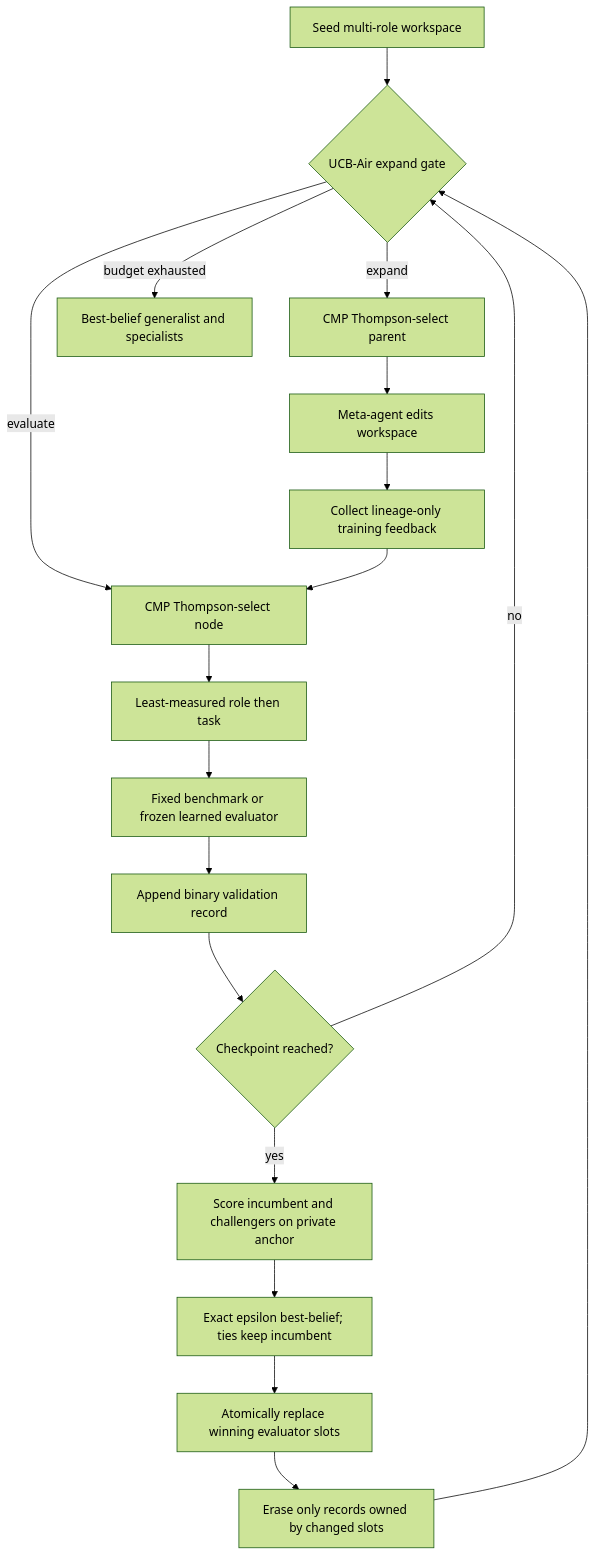
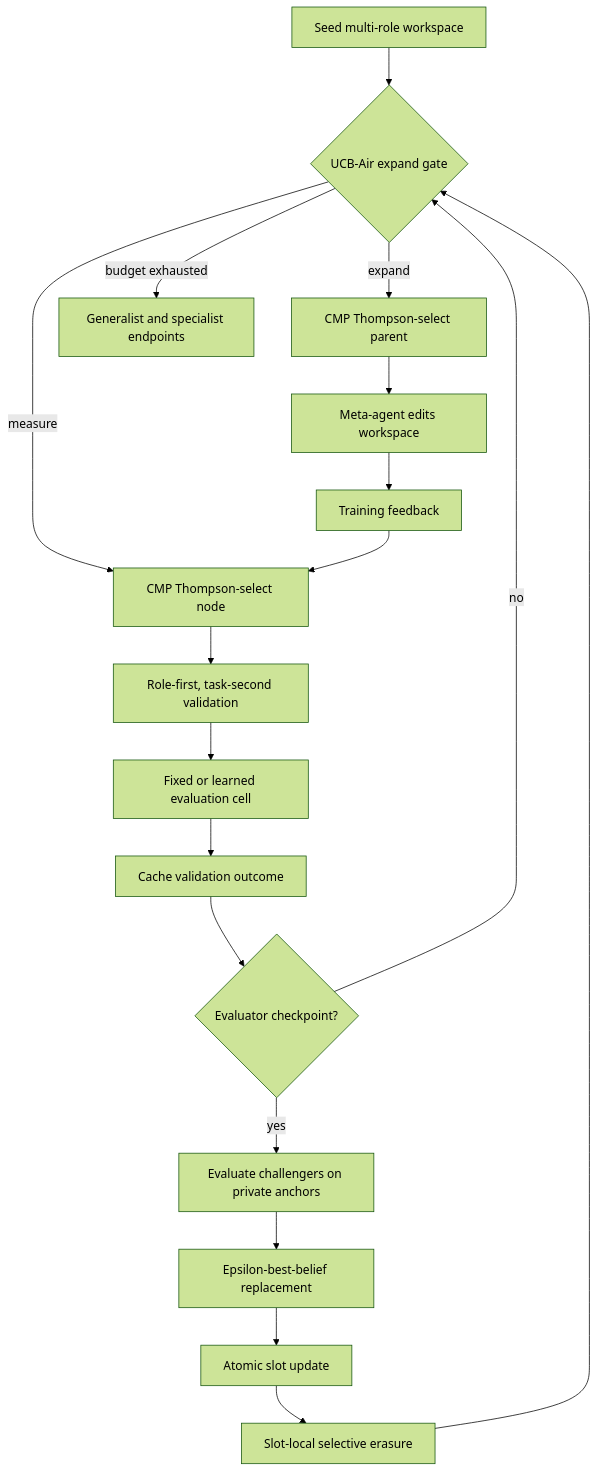
The diagram in README.md (DreamFallenFlowers/OpenRQGM), drawn with Mermaid (forest theme) before and after one commit. The commit also changed other lines of this file, not shown here.

````diff
--- a/README.md
+++ b/README.md
@@ -35,20 +104,20 @@
 ```mermaid
 flowchart TD
     A[Seed multi-role workspace] --> B{UCB-Air expand gate}
     B -- expand --> C[CMP Thompson-select parent]
     C --> D[Meta-agent edits workspace]
-    D --> E[Collect lineage-only training feedback]
-    B -- evaluate --> F[CMP Thompson-select node]
+    D --> E[Training feedback]
+    B -- measure --> F[CMP Thompson-select node]
     E --> F
-    F --> G[Least-measured role then task]
-    G --> H[Fixed benchmark or frozen learned evaluator]
-    H --> I[Append binary validation record]
-    I --> J{Checkpoint reached?}
+    F --> G[Role-first, task-second validation]
+    G --> H[Fixed or learned evaluation cell]
+    H --> I[Cache validation outcome]
+    I --> J{Evaluator checkpoint?}
     J -- no --> B
-    J -- yes --> K[Score incumbent and challengers on private anchor]
-    K --> L[Exact epsilon best-belief; ties keep incumbent]
-    L --> M[Atomically replace winning evaluator slots]
-    M --> N[Erase only records owned by changed slots]
+    J -- yes --> K[Evaluate challengers on private anchors]
+    K --> L[Epsilon-best-belief replacement]
+    L --> M[Atomic slot update]
+    M --> N[Slot-local selective erasure]
     N --> B
-    B -->|budget exhausted| O[Best-belief generalist and specialists]
+    B -- budget exhausted --> O[Generalist and specialist endpoints]
 ```
````
